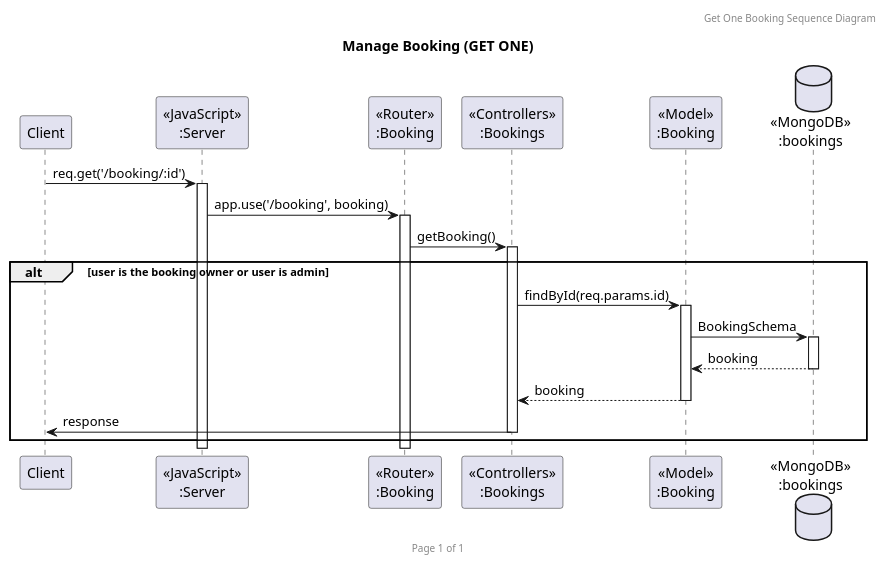
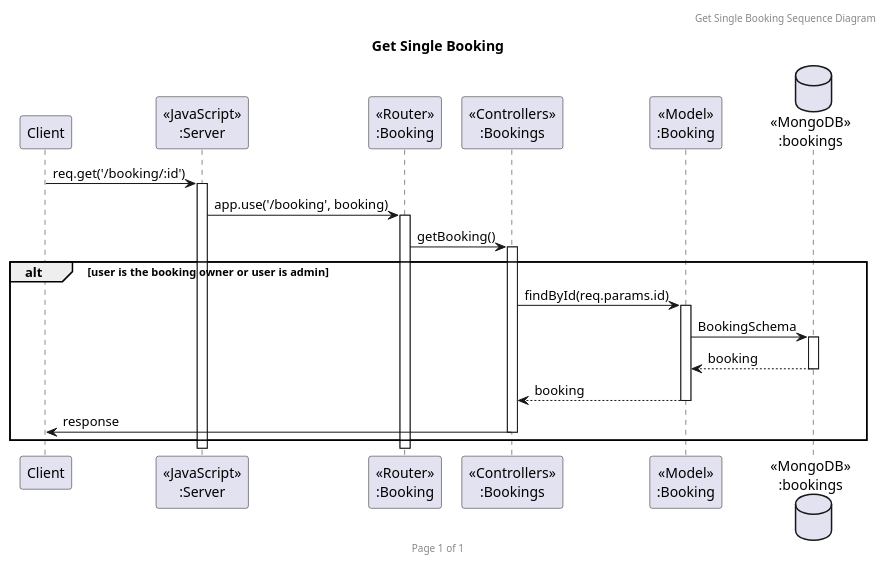
Before and after one commit to 2110503TACEDT66/presentation-day-1-laeo-tae-loei: the diagram in diagram/sequence/booking/getBooking.puml, drawn with PlantUML. The commit also changed 1 other file, not shown here.

Commit message:
edit diagram

```diff
--- a/diagram/sequence/booking/getBooking.puml
+++ b/diagram/sequence/booking/getBooking.puml
@@ -1,24 +1,24 @@
-@startuml Get One Booking
+@startuml Get Single Booking
 
-header Get One Booking Sequence Diagram
+header Get Single Booking Sequence Diagram
 footer Page %page% of %lastpage%
-title "Manage Booking (GET ONE)"
+title "Get Single Booking"
 
 participant "Client" as client
 participant "<<JavaScript>>\n:Server" as server
 participant "<<Router>>\n:Booking" as routerBookings
 participant "<<Controllers>>\n:Bookings" as controllersBookings
 participant "<<Model>>\n:Booking" as modelBooking
 database "<<MongoDB>>\n:bookings" as BookingsDatabase
 
 client -> server ++:req.get('/booking/:id')
 server -> routerBookings ++:app.use('/booking', booking)
 routerBookings -> controllersBookings ++:getBooking()
 alt user is the booking owner or user is admin
     controllersBookings -> modelBooking ++:findById(req.params.id)
     modelBooking -> BookingsDatabase ++: BookingSchema
     BookingsDatabase --> modelBooking --: booking
     controllersBookings <-- modelBooking --: booking
     controllersBookings -> client --: response
 end
 @enduml
```
